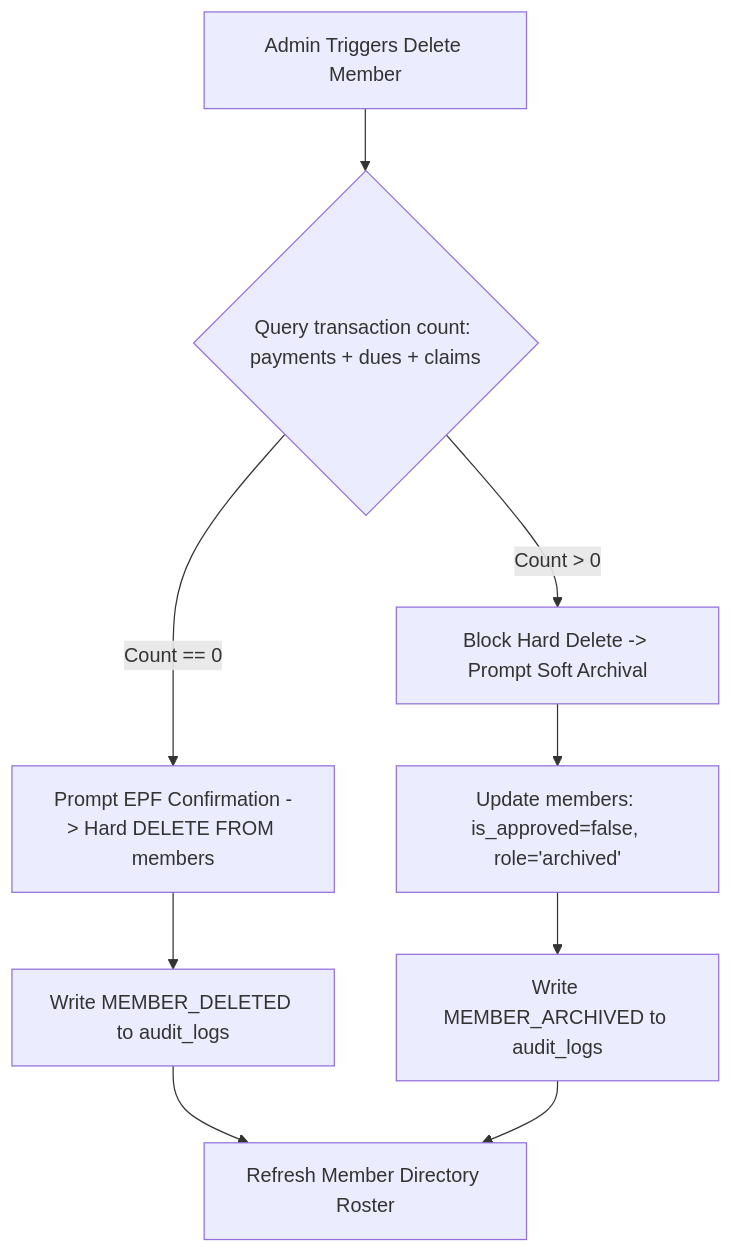
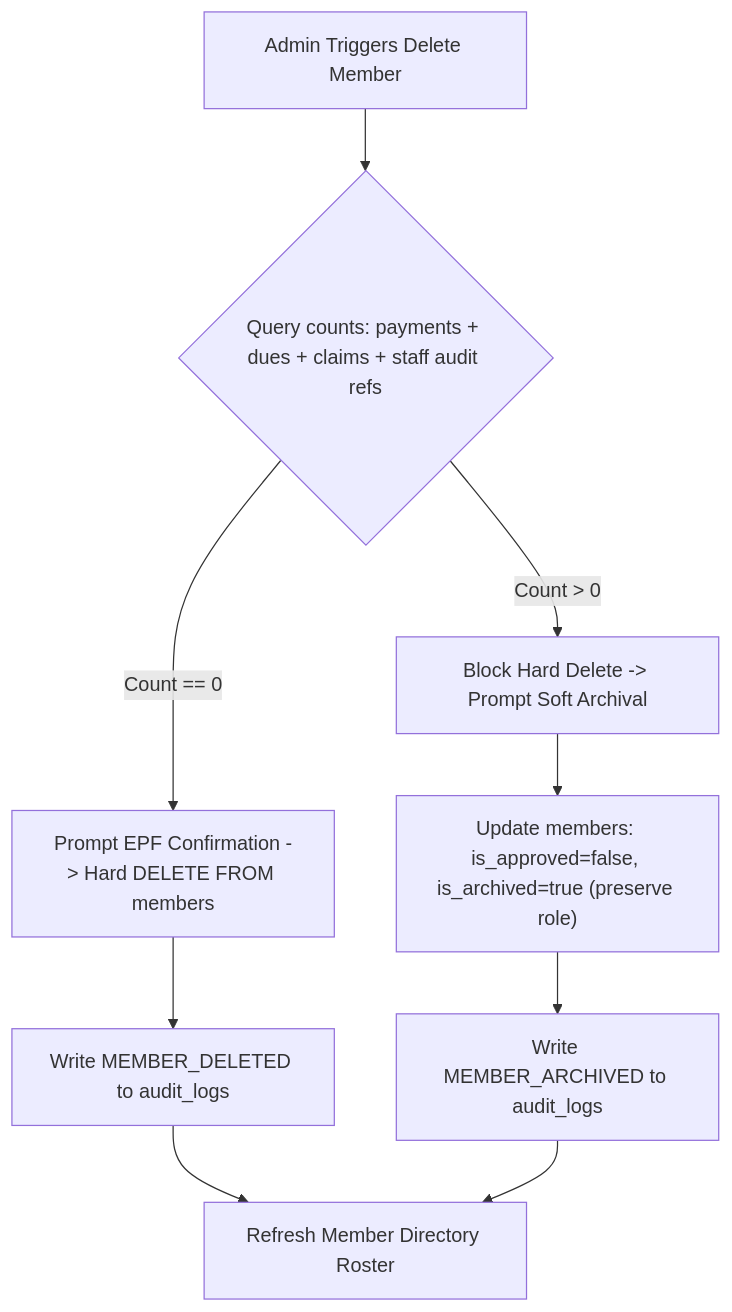
The third of 3 diagrams in docs/designs/targeted_design_enhancement_and_bug_remediation.md (kiyamaninfo-alt/MRIA-Management-Welfare-Society), drawn with Mermaid before and after one commit. The commit also changed other lines of this file and 22 other files, not shown here.

````diff
--- a/docs/designs/targeted_design_enhancement_and_bug_remediation.md
+++ b/docs/designs/targeted_design_enhancement_and_bug_remediation.md
@@ -217,11 +217,11 @@
 ```mermaid
 flowchart TD
-    Start["Admin Triggers Delete Member"] --> CheckRecords{"Query transaction count: payments + dues + claims"}
+    Start["Admin Triggers Delete Member"] --> CheckRecords{"Query counts: payments + dues + claims + staff audit refs"}
     CheckRecords -- "Count == 0" --> HardDelete["Prompt EPF Confirmation -> Hard DELETE FROM members"]
     HardDelete --> AuditHardDelete["Write MEMBER_DELETED to audit_logs"]
     CheckRecords -- "Count > 0" --> RejectHardDelete["Block Hard Delete -> Prompt Soft Archival"]
-    RejectHardDelete --> SoftArchive["Update members: is_approved=false, role='archived'"]
+    RejectHardDelete --> SoftArchive["Update members: is_approved=false, is_archived=true (preserve role)"]
     SoftArchive --> AuditSoftArchive["Write MEMBER_ARCHIVED to audit_logs"]
     AuditHardDelete --> RefreshRoster["Refresh Member Directory Roster"]
     AuditSoftArchive --> RefreshRoster
 ```
````
